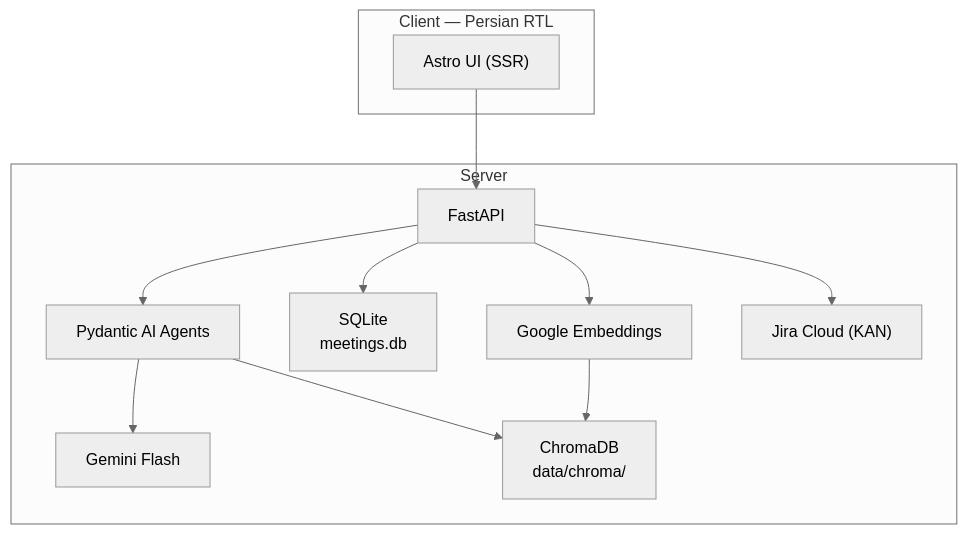
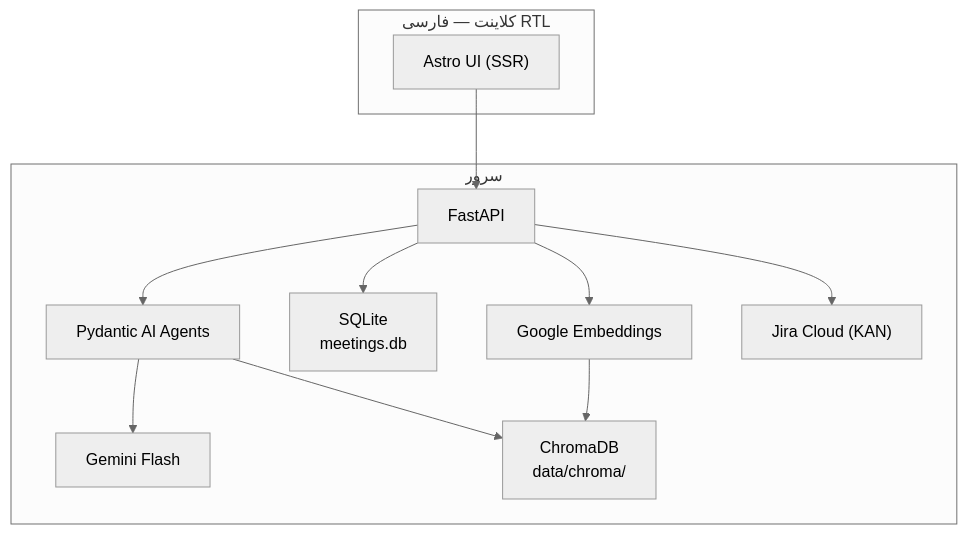
One commit to Rvin-zh/meeting-assistant changed the diagram in docs/diagrams/01-project-overview-1.mmd. Above: the diagram before and after it, drawn with Mermaid (neutral theme). The commit also changed 35 other files, not shown here.

```diff
--- a/docs/diagrams/01-project-overview-1.mmd
+++ b/docs/diagrams/01-project-overview-1.mmd
@@ -1,20 +1,20 @@
 flowchart TB
-    subgraph client ["Client — Persian RTL"]
+    subgraph client ["کلاینت — فارسی RTL"]
         Astro["Astro UI (SSR)"]
     end
-    subgraph server ["Server"]
+    subgraph server ["سرور"]
         FastAPI["FastAPI"]
         PAI["Pydantic AI Agents"]
         Gemini["Gemini Flash"]
         Embed["Google Embeddings"]
         SQLite["SQLite<br/>meetings.db"]
         Chroma["ChromaDB<br/>data/chroma/"]
         Jira["Jira Cloud (KAN)"]
     end
     Astro --> FastAPI
     FastAPI --> PAI
     PAI --> Gemini
     FastAPI --> SQLite
     FastAPI --> Embed --> Chroma
     PAI --> Chroma
     FastAPI --> Jira
```
